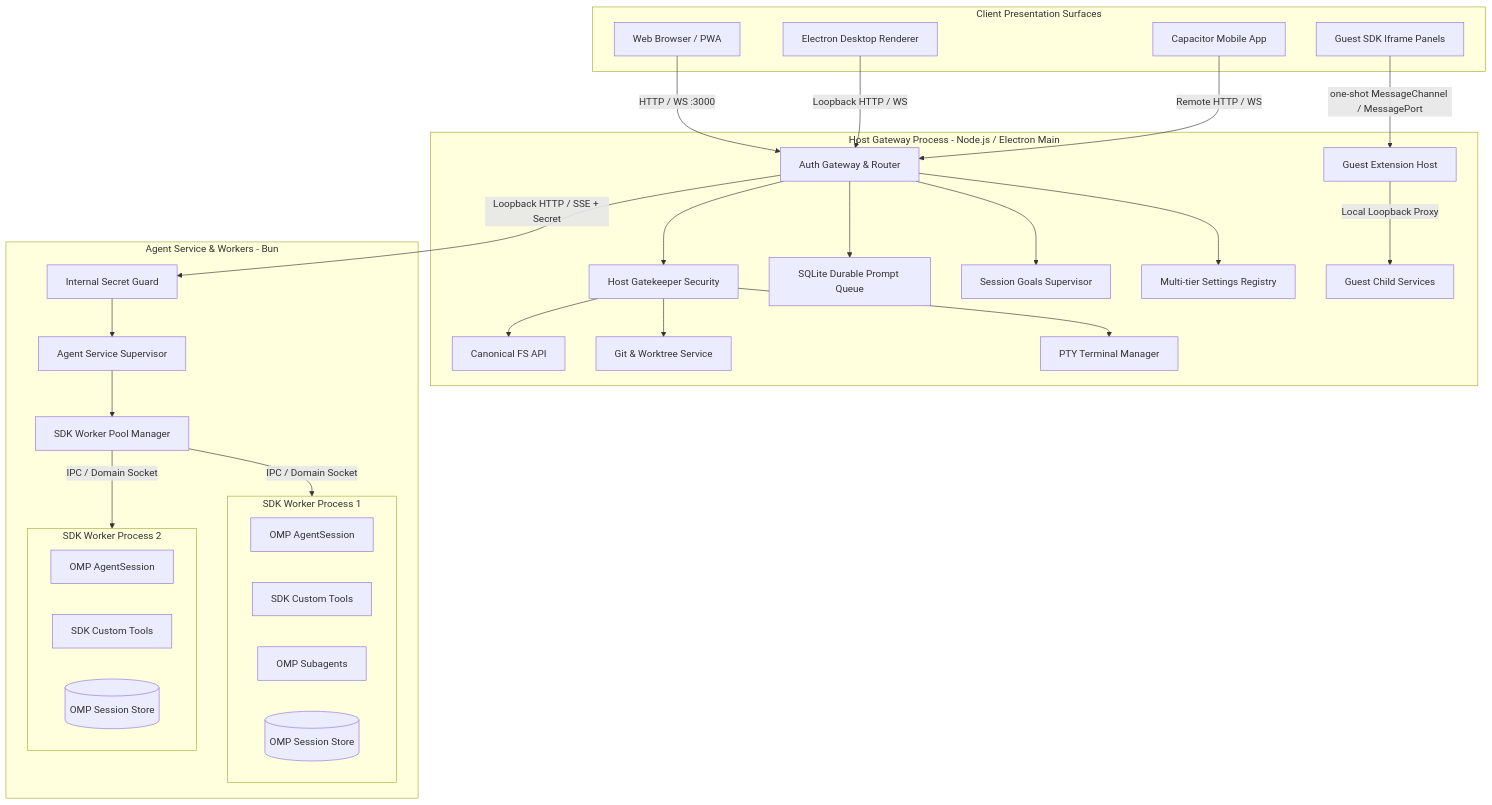
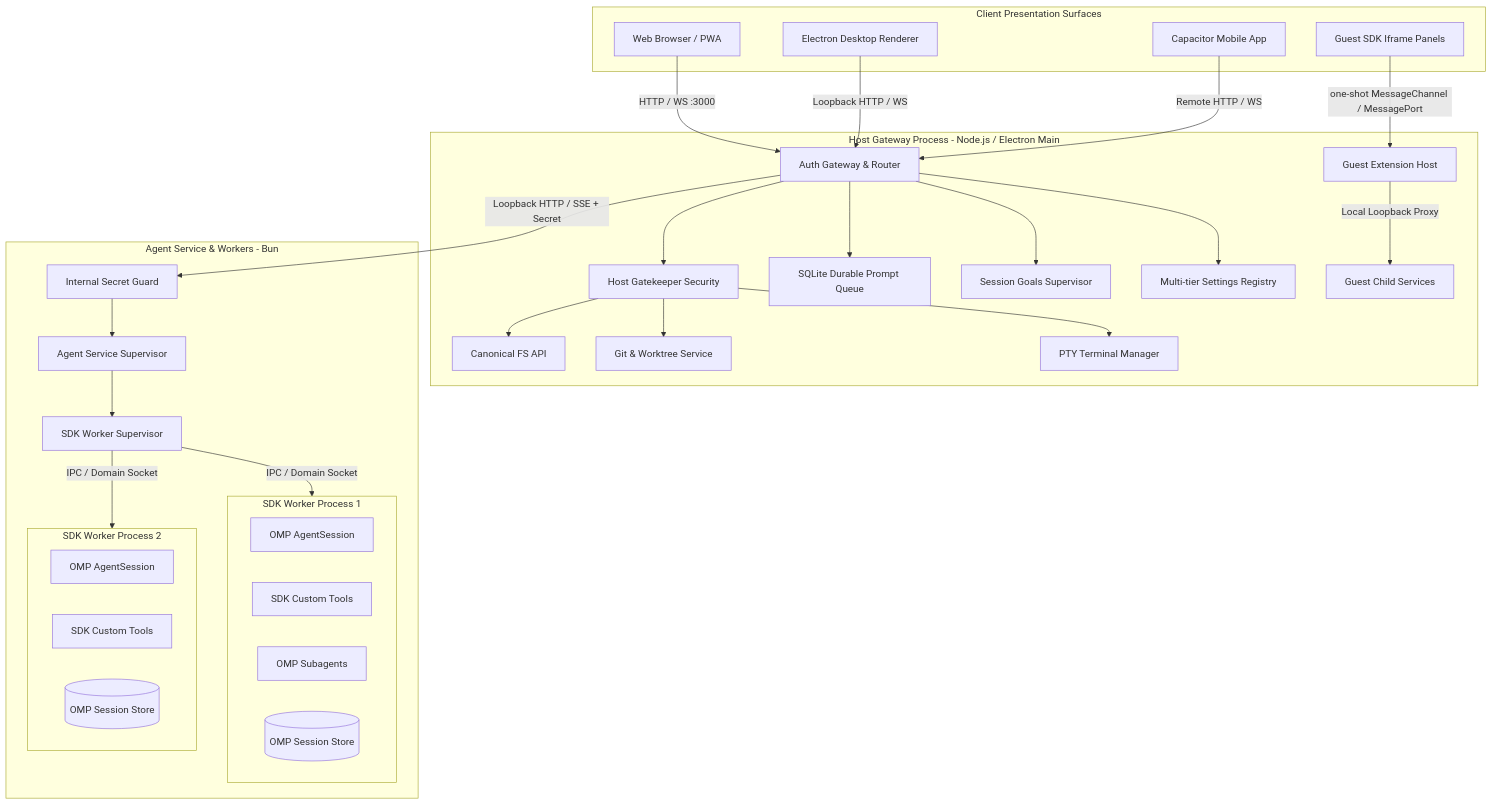
Before and after one commit to Shizuku-Yume/ohpichamber: the first of 3 diagrams in .workflow/omp-migration/architecture.md, drawn with Mermaid. The commit also changed other lines of this file and 11 other files, not shown here.

````diff
--- a/.workflow/omp-migration/architecture.md
+++ b/.workflow/omp-migration/architecture.md
@@ -77,61 +77,61 @@
 ```mermaid
 flowchart TD
     subgraph ClientTier[Client Presentation Surfaces]
         WebClient[Web Browser / PWA]
         ElectronRenderer[Electron Desktop Renderer]
         MobileApp[Capacitor Mobile App]
         GuestIframe[Guest SDK Iframe Panels]
     end
 
     subgraph HostTier[Host Gateway Process - Node.js / Electron Main]
         AuthRouter[Auth Gateway & Router]
         Gatekeeper[Host Gatekeeper Security]
         HostFS[Canonical FS API]
         HostGit[Git & Worktree Service]
         HostPTY[PTY Terminal Manager]
         DurableQueue[SQLite Durable Prompt Queue]
         GoalsSupervisor[Session Goals Supervisor]
         HostSettings[Multi-tier Settings Registry]
         GuestHost[Guest Extension Host]
         GuestServices[Guest Child Services]
     end
 
     subgraph AgentTier[Agent Service & Workers - Bun]
         AgentSupervisor[Agent Service Supervisor]
         LoopbackAuth[Internal Secret Guard]
-        WorkerPool[SDK Worker Pool Manager]
+        WorkerSupervisor[SDK Worker Supervisor]
 
         subgraph Worker1[SDK Worker Process 1]
             OMPSession1[OMP AgentSession]
             SDKTools1[SDK Custom Tools]
             Subagents1[OMP Subagents]
             Transcript1[(OMP Session Store)]
         end
 
         subgraph Worker2[SDK Worker Process 2]
             OMPSession2[OMP AgentSession]
             SDKTools2[SDK Custom Tools]
             Transcript2[(OMP Session Store)]
         end
     end
 
     WebClient -->|HTTP / WS :3000| AuthRouter
     ElectronRenderer -->|Loopback HTTP / WS| AuthRouter
     MobileApp -->|Remote HTTP / WS| AuthRouter
         GuestIframe -->|one-shot MessageChannel / MessagePort| GuestHost
     GuestHost -->|Local Loopback Proxy| GuestServices
 
     AuthRouter --> Gatekeeper
     Gatekeeper --> HostFS
     Gatekeeper --> HostGit
     Gatekeeper --> HostPTY
     AuthRouter --> DurableQueue
     AuthRouter --> GoalsSupervisor
     AuthRouter --> HostSettings
 
     AuthRouter -->|Loopback HTTP / SSE + Secret| LoopbackAuth
     LoopbackAuth --> AgentSupervisor
-    AgentSupervisor --> WorkerPool
-    WorkerPool -->|IPC / Domain Socket| Worker1
-    WorkerPool -->|IPC / Domain Socket| Worker2
+    AgentSupervisor --> WorkerSupervisor
+    WorkerSupervisor -->|IPC / Domain Socket| Worker1
+    WorkerSupervisor -->|IPC / Domain Socket| Worker2
 ```
````
